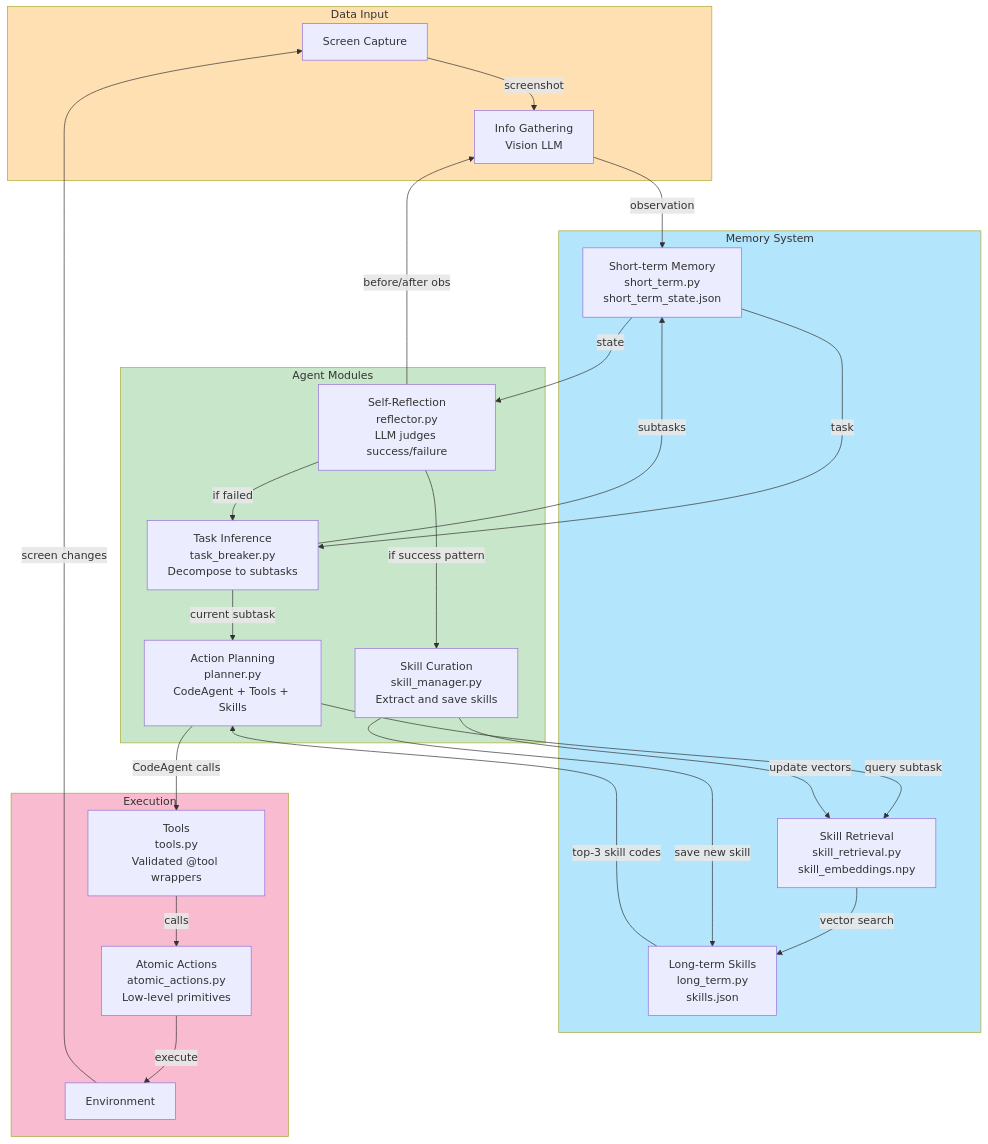
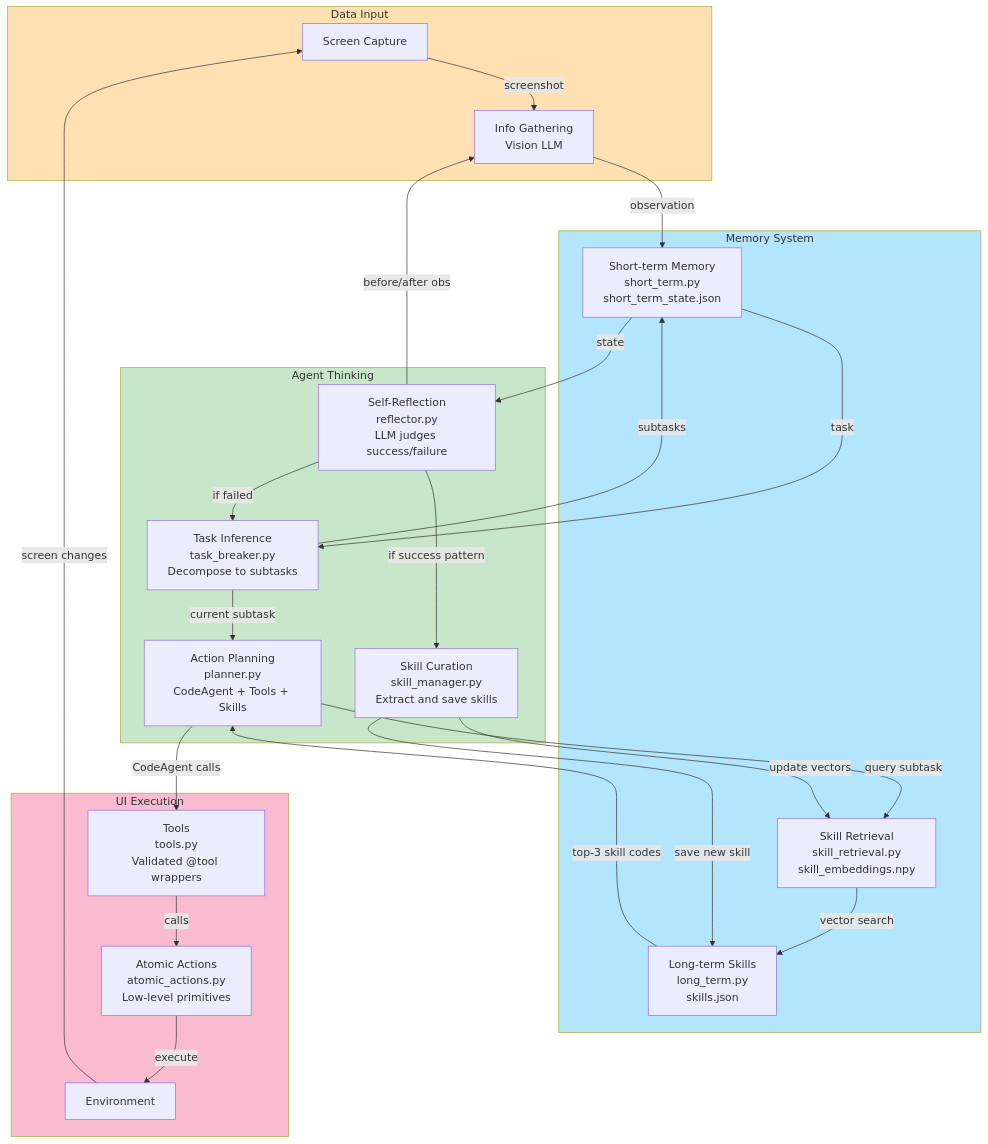
One commit to NokkTsang/AI_Gaming_Agent changed the second of 2 diagrams in README.md. Above: the diagram before and after it, drawn with Mermaid. The commit also changed 1 other file, not shown here.

Commit message:
Add constrained prompts

````diff
--- a/README.md
+++ b/README.md
@@ -108,60 +108,60 @@
 ```mermaid
 ---
 config:
   layout: dagre
 ---
 flowchart TB
     subgraph Input["Data Input"]
         A[Screen Capture]
         B[Info Gathering<br/>Vision LLM]
     end
 
     subgraph Memory["Memory System"]
         C1[Short-term Memory<br/>short_term.py<br/>short_term_state.json]
         C2[Long-term Skills<br/>long_term.py<br/>skills.json]
         C3[Skill Retrieval<br/>skill_retrieval.py<br/>skill_embeddings.npy]
     end
 
-    subgraph Reasoning["Agent Modules"]
+    subgraph Reasoning["Agent Thinking"]
         D[Self-Reflection<br/>reflector.py<br/>LLM judges success/failure]
         E[Task Inference<br/>task_breaker.py<br/>Decompose to subtasks]
         F[Skill Curation<br/>skill_manager.py<br/>Extract and save skills]
         G[Action Planning<br/>planner.py<br/>CodeAgent + Tools + Skills]
     end
 
-    subgraph Output["Execution"]
+    subgraph Output["UI Execution"]
         H1[Atomic Actions<br/>atomic_actions.py<br/>Low-level primitives]
         H2[Tools<br/>tools.py<br/>Validated @tool wrappers]
         I[Environment]
     end
 
     A -->|screenshot| B
     B -->|observation| C1
 
     C1 -->|state| D
     C1 -->|task| E
 
     E -->|subtasks| C1
     E -->|current subtask| G
 
     G -->|query subtask| C3
     C3 -->|vector search| C2
     C2 -->|top-3 skill codes| G
 
     D -->|before/after obs| B
     D -->|if failed| E
     D -->|if success pattern| F
 
     F -->|save new skill| C2
     F -->|update vectors| C3
 
     G -->|CodeAgent calls| H2
     H2 -->|calls| H1
     H1 -->|execute| I
     I -->|screen changes| A
 
     style Input fill:#FFE0B2
     style Memory fill:#B3E5FC
     style Reasoning fill:#C8E6C9
     style Output fill:#F8BBD0
 ```
````
